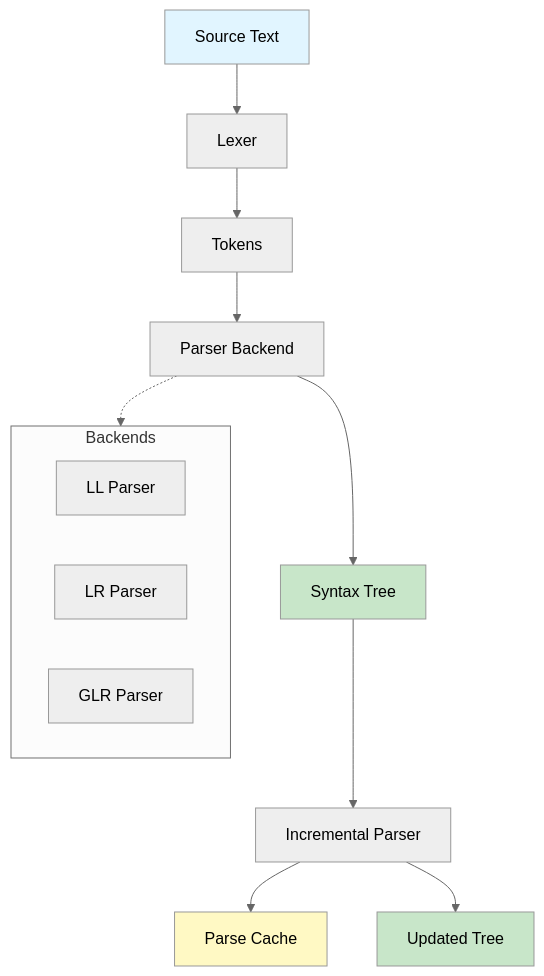
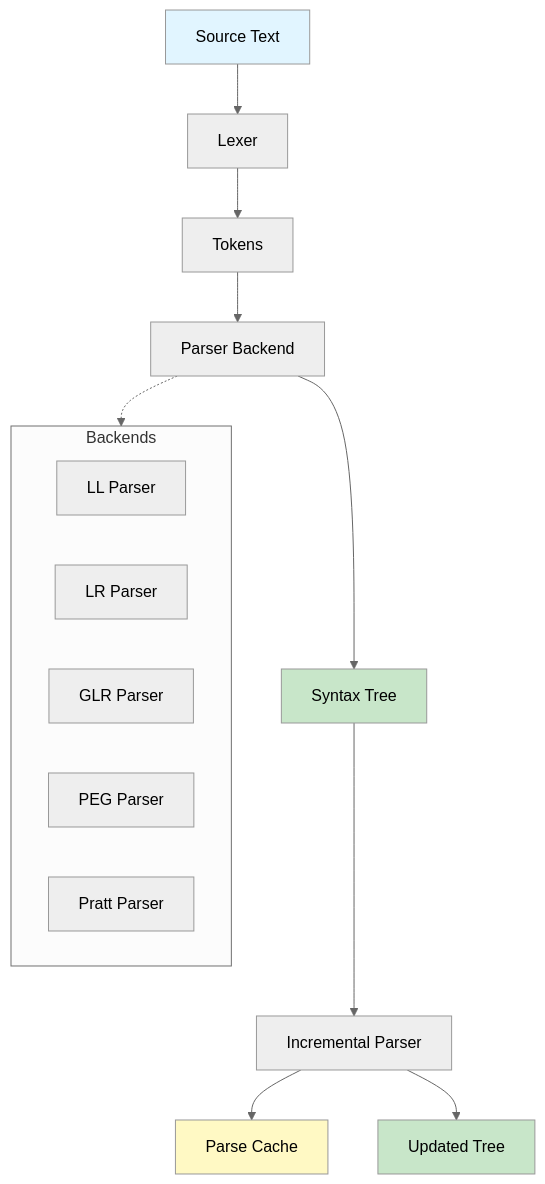
Before and after one commit to sipha-parser/sipha: the diagram in doc/src/introduction.md, drawn with Mermaid (neutral theme). The commit also changed 76 other files, not shown here.

First line of the commit message:
feat: add grammar transformation architecture with backend-specific grammars and optimization

````diff
--- a/doc/src/introduction.md
+++ b/doc/src/introduction.md
@@ -16,23 +16,25 @@
 ```mermaid
 graph TB
     Input[Source Text] --> Lexer[Lexer]
     Lexer --> Tokens[Tokens]
     Tokens --> Parser[Parser Backend]
     Parser --> Tree[Syntax Tree]
     Tree --> Incremental[Incremental Parser]
     Incremental --> Cache[Parse Cache]
     Incremental --> Output[Updated Tree]
     
     subgraph Backends
         LL[LL Parser]
         LR[LR Parser]
         GLR[GLR Parser]
+        PEG[PEG Parser]
+        Pratt[Pratt Parser]
     end
     
     Parser -.-> Backends
     
     style Input fill:#e1f5ff,color:#000000
     style Tree fill:#c8e6c9,color:#000000
     style Output fill:#c8e6c9,color:#000000
     style Cache fill:#fff9c4,color:#000000
 ```
````
